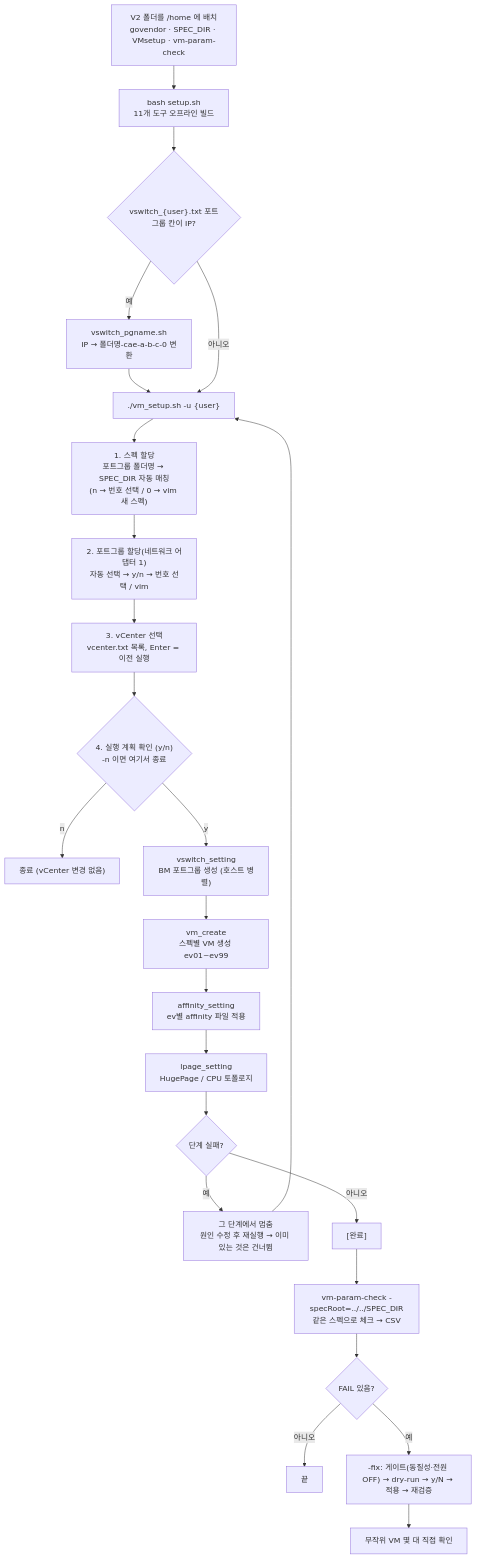
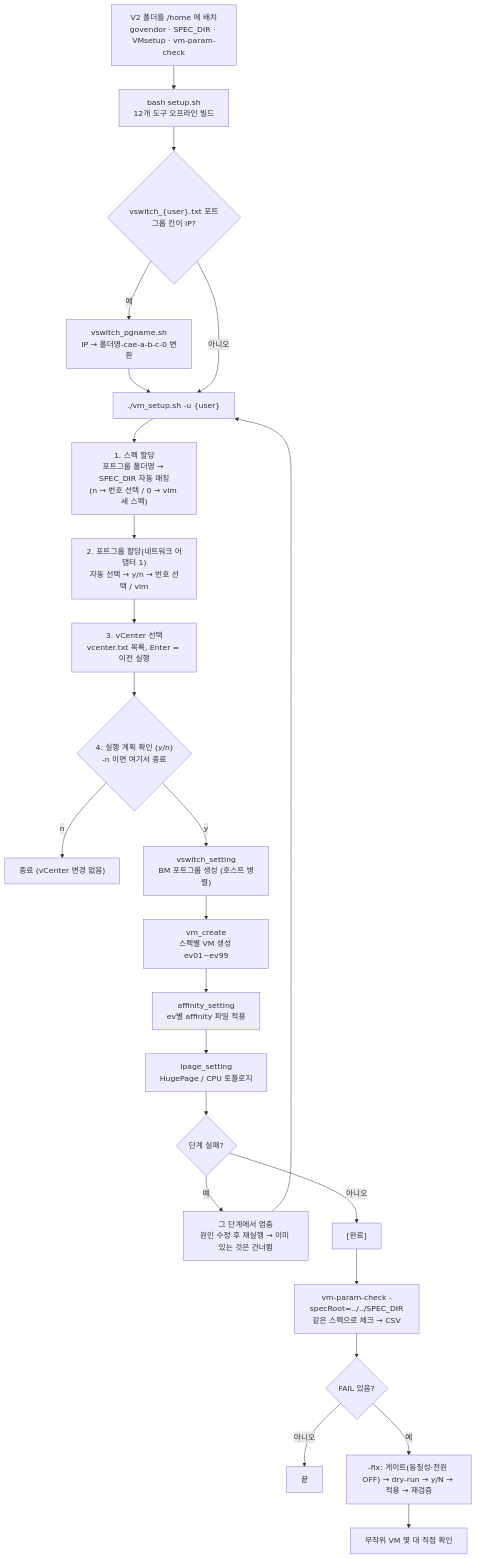
The diagram in ARCHITECTURE.md (qazx2675/myrepo), drawn with Mermaid before and after one commit. The commit also changed other lines of this file and 12 other files, not shown here.

````diff
--- a/ARCHITECTURE.md
+++ b/ARCHITECTURE.md
@@ -45,24 +46,24 @@
 ```mermaid
 flowchart TD
-    A["V2 폴더를 /home 에 배치<br/>govendor · SPEC_DIR · VMsetup · vm-param-check"] --> B["bash setup.sh<br/>11개 도구 오프라인 빌드"]
+    A["V2 폴더를 /home 에 배치<br/>govendor · SPEC_DIR · VMsetup · vm-param-check"] --> B["bash setup.sh<br/>12개 도구 오프라인 빌드"]
     B --> C{"vswitch_{user}.txt 포트그룹 칸이 IP?"}
     C -- 예 --> C1["vswitch_pgname.sh<br/>IP → 폴더명-cae-a-b-c-0 변환"] --> D
     C -- 아니오 --> D["./vm_setup.sh -u {user}"]
     D --> E["1. 스펙 할당<br/>포트그룹 폴더명 → SPEC_DIR 자동 매칭<br/>(n → 번호 선택 / 0 → vim 새 스펙)"]
     E --> F["2. 포트그룹 할당(네트워크 어댑터 1)<br/>자동 선택 → y/n → 번호 선택 / vim"]
     F --> G["3. vCenter 선택<br/>vcenter.txt 목록, Enter = 이전 실행"]
     G --> H{"4. 실행 계획 확인 (y/n)<br/>-n 이면 여기서 종료"}
     H -- n --> Z1["종료 (vCenter 변경 없음)"]
     H -- y --> I["vswitch_setting<br/>BM 포트그룹 생성 (호스트 병렬)"]
     I --> J["vm_create<br/>스펙별 VM 생성 ev01~ev99"]
     J --> K["affinity_setting<br/>ev별 affinity 파일 적용"]
     K --> L["lpage_setting<br/>HugePage / CPU 토폴로지"]
     L --> M{"단계 실패?"}
     M -- 예 --> M1["그 단계에서 멈춤<br/>원인 수정 후 재실행 → 이미 있는 것은 건너뜀"] --> D
     M -- 아니오 --> N["[완료]"]
     N --> O["vm-param-check -specRoot=../../SPEC_DIR<br/>같은 스펙으로 체크 → CSV"]
     O --> P{"FAIL 있음?"}
     P -- 아니오 --> Q["끝"]
     P -- 예 --> R["-fix: 게이트(동질성·전원 OFF) → dry-run → y/N → 적용 → 재검증"]
     R --> S["무작위 VM 몇 대 직접 확인"]
 ```
````
